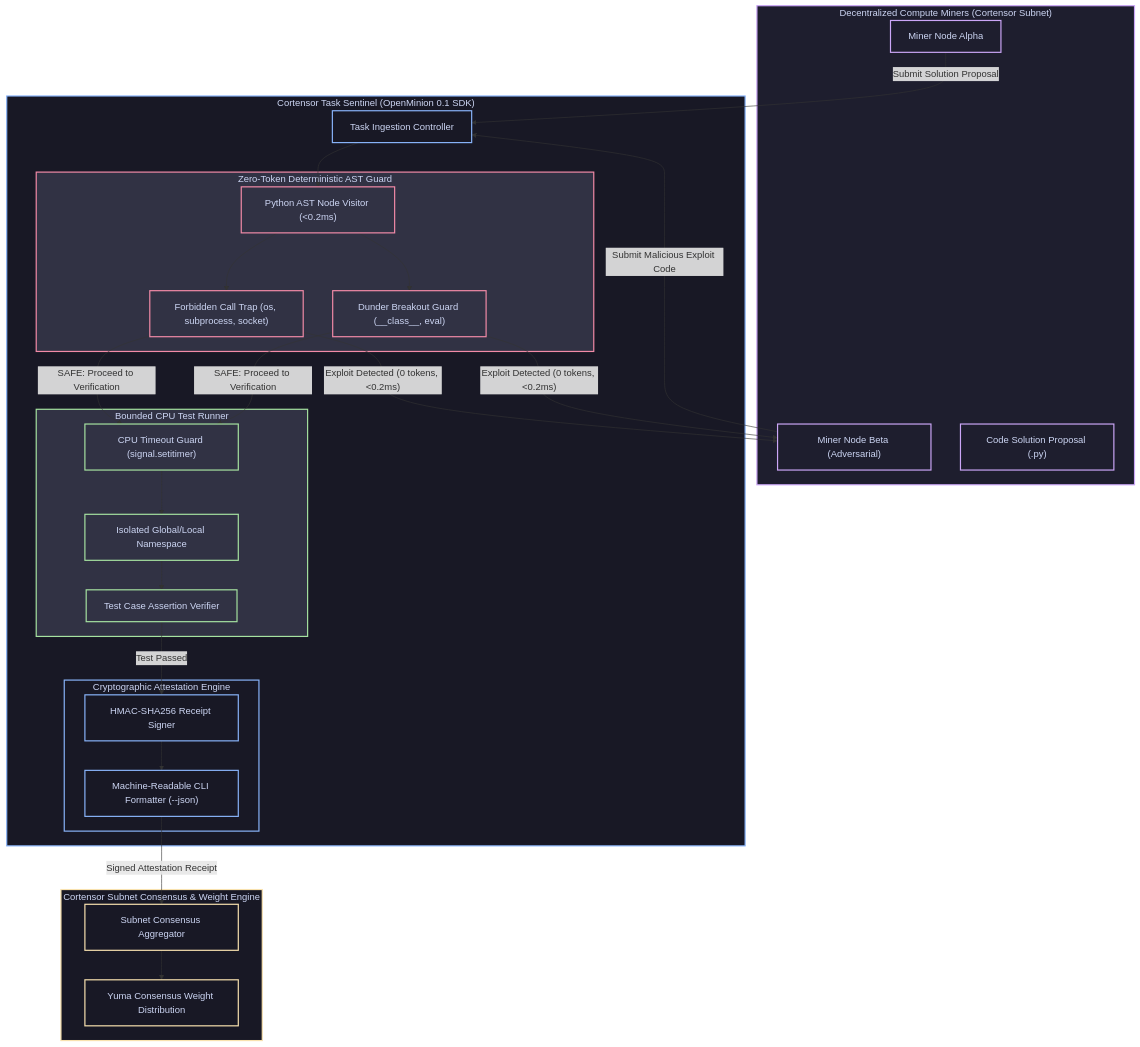
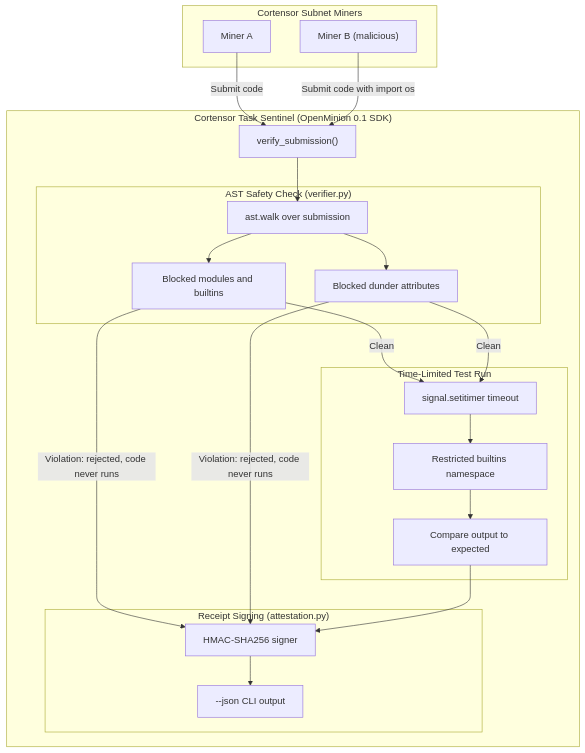
The first of 3 diagrams in README.md (manderson240/cortensor-subnet-validator), drawn with Mermaid before and after one commit. The commit also changed other lines of this file and 5 other files, not shown here.

````diff
--- a/README.md
+++ b/README.md
@@ -84,61 +78,41 @@
 ```mermaid
 flowchart TD
-    subgraph MinerLayer["Decentralized Compute Miners (Cortensor Subnet)"]
-        MinerA["Miner Node Alpha"]
-        MinerB["Miner Node Beta (Adversarial)"]
-        MinerProposal["Code Solution Proposal (.py)"]
+    subgraph MinerLayer["Cortensor Subnet Miners"]
+        MinerA["Miner A"]
+        MinerB["Miner B (malicious)"]
     end
 
     subgraph SentinelNode["Cortensor Task Sentinel (OpenMinion 0.1 SDK)"]
-        TaskIngestion["Task Ingestion Controller"]
-        
-        subgraph SecurityGate["Zero-Token Deterministic AST Guard"]
-            ASTParser["Python AST Node Visitor (<0.2ms)"]
-            ForbiddenCheck["Forbidden Call Trap (os, subprocess, socket)"]
-            DunderCheck["Dunder Breakout Guard (__class__, eval)"]
+        TaskIngestion["verify_submission()"]
+
+        subgraph SecurityGate["AST Safety Check (verifier.py)"]
+            ASTParser["ast.walk over submission"]
+            ForbiddenCheck["Blocked modules and builtins"]
+            DunderCheck["Blocked dunder attributes"]
         end
 
-        subgraph TestSandbox["Bounded CPU Test Runner"]
-            Timer["CPU Timeout Guard (signal.setitimer)"]
-            IsolatedNamespace["Isolated Global/Local Namespace"]
-            AssertVerifier["Test Case Assertion Verifier"]
+        subgraph TestSandbox["Time-Limited Test Run"]
+            Timer["signal.setitimer timeout"]
+            IsolatedNamespace["Restricted builtins namespace"]
+            AssertVerifier["Compare output to expected"]
         end
 
-        subgraph CryptoEngine["Cryptographic Attestation Engine"]
-            HMACSigner["HMAC-SHA256 Receipt Signer"]
-            JSONFormatter["Machine-Readable CLI Formatter (--json)"]
+        subgraph CryptoEngine["Receipt Signing (attestation.py)"]
+            HMACSigner["HMAC-SHA256 signer"]
+            JSONFormatter["--json CLI output"]
         end
     end
 
-    subgraph ConsensusLayer["Cortensor Subnet Consensus & Weight Engine"]
-        ConsensusEngine["Subnet Consensus Aggregator"]
-        WeightEmission["Yuma Consensus Weight Distribution"]
-    end
+    MinerA -->|"Submit code"| TaskIngestion
+    MinerB -->|"Submit code with import os"| TaskIngestion
 
-    MinerA -->|"Submit Solution Proposal"| TaskIngestion
-    MinerB -->|"Submit Malicious Exploit Code"| TaskIngestion
-    
     TaskIngestion --> ASTParser
     ASTParser --> ForbiddenCheck & DunderCheck
-    
-    ForbiddenCheck & DunderCheck -->|"Exploit Detected (0 tokens, <0.2ms)"| MinerB
-    ForbiddenCheck & DunderCheck -->|"SAFE: Proceed to Verification"| Timer
-    
+
+    ForbiddenCheck & DunderCheck -->|"Violation: rejected, code never runs"| HMACSigner
+    ForbiddenCheck & DunderCheck -->|"Clean"| Timer
+
     Timer --> IsolatedNamespace --> AssertVerifier
-    AssertVerifier -->|"Test Passed"| HMACSigner
+    AssertVerifier --> HMACSigner
     HMACSigner --> JSONFormatter
-    JSONFormatter -->|"Signed Attestation Receipt"| ConsensusEngine
-    ConsensusEngine --> WeightEmission
-
-    classDef miner fill:#1e1e2e,stroke:#cba6f7,stroke-width:2px,color:#cdd6f4;
-    classDef sentinel fill:#181825,stroke:#89b4fa,stroke-width:2px,color:#cdd6f4;
-    classDef security fill:#313244,stroke:#f38ba8,stroke-width:2px,color:#cdd6f4;
-    classDef sandbox fill:#313244,stroke:#a6e3a1,stroke-width:2px,color:#cdd6f4;
-    classDef consensus fill:#181825,stroke:#f9e2af,stroke-width:2px,color:#cdd6f4;
-
-    class MinerLayer,MinerA,MinerB,MinerProposal miner;
-    class SentinelNode,TaskIngestion,CryptoEngine,HMACSigner,JSONFormatter sentinel;
-    class SecurityGate,ASTParser,ForbiddenCheck,DunderCheck security;
-    class TestSandbox,Timer,IsolatedNamespace,AssertVerifier sandbox;
-    class ConsensusLayer,ConsensusEngine,WeightEmission consensus;
 ```
````
